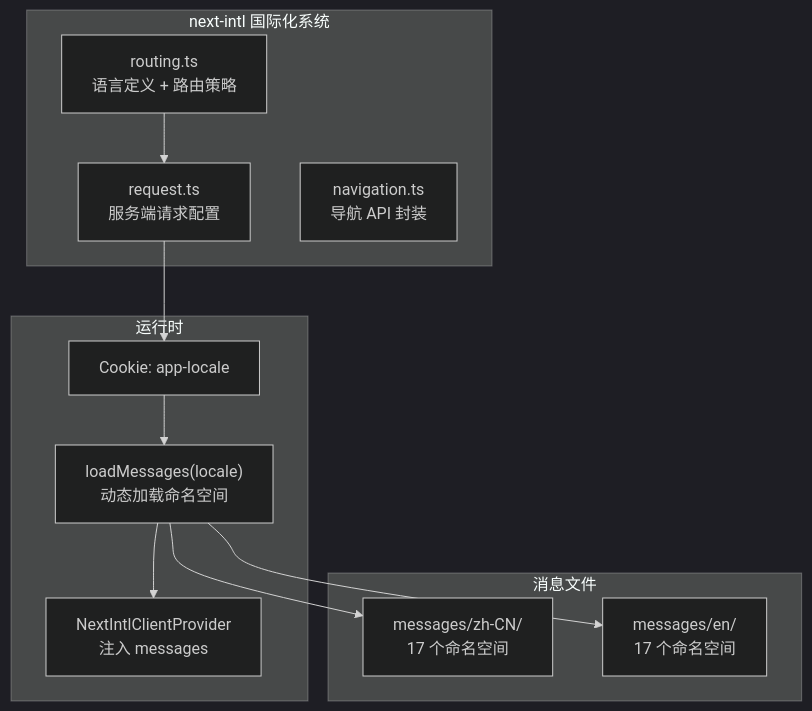
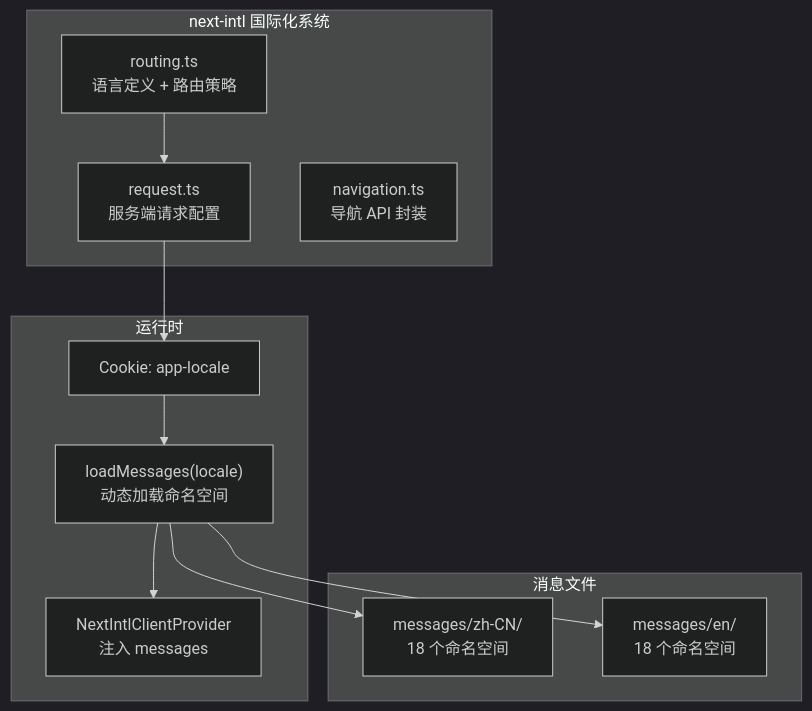
One commit to Sun1090/IndieStack changed the first of 4 diagrams in docs/architecture/10-i18n.md. Above: the diagram before and after it, drawn with Mermaid (dark theme). The commit also changed other lines of this file and 11 other files, not shown here.

````diff
--- a/docs/architecture/10-i18n.md
+++ b/docs/architecture/10-i18n.md
@@ -7,26 +7,26 @@
 ```mermaid
 graph TD
     subgraph I18nSystem["next-intl 国际化系统"]
         Routing["routing.ts<br/>语言定义 + 路由策略"]
         Request["request.ts<br/>服务端请求配置"]
         Navigation["navigation.ts<br/>导航 API 封装"]
     end
 
     subgraph Messages["消息文件"]
-        ZH["messages/zh-CN/<br/>17 个命名空间"]
-        EN["messages/en/<br/>17 个命名空间"]
+        ZH["messages/zh-CN/<br/>18 个命名空间"]
+        EN["messages/en/<br/>18 个命名空间"]
     end
 
     subgraph Runtime["运行时"]
         Cookie["Cookie: app-locale"]
         LoadMessages["loadMessages(locale)<br/>动态加载命名空间"]
         IntlProvider["NextIntlClientProvider<br/>注入 messages"]
     end
 
     Routing --> Request
     Request --> Cookie
     Cookie --> LoadMessages
     LoadMessages --> ZH
     LoadMessages --> EN
     LoadMessages --> IntlProvider
 ```
````
